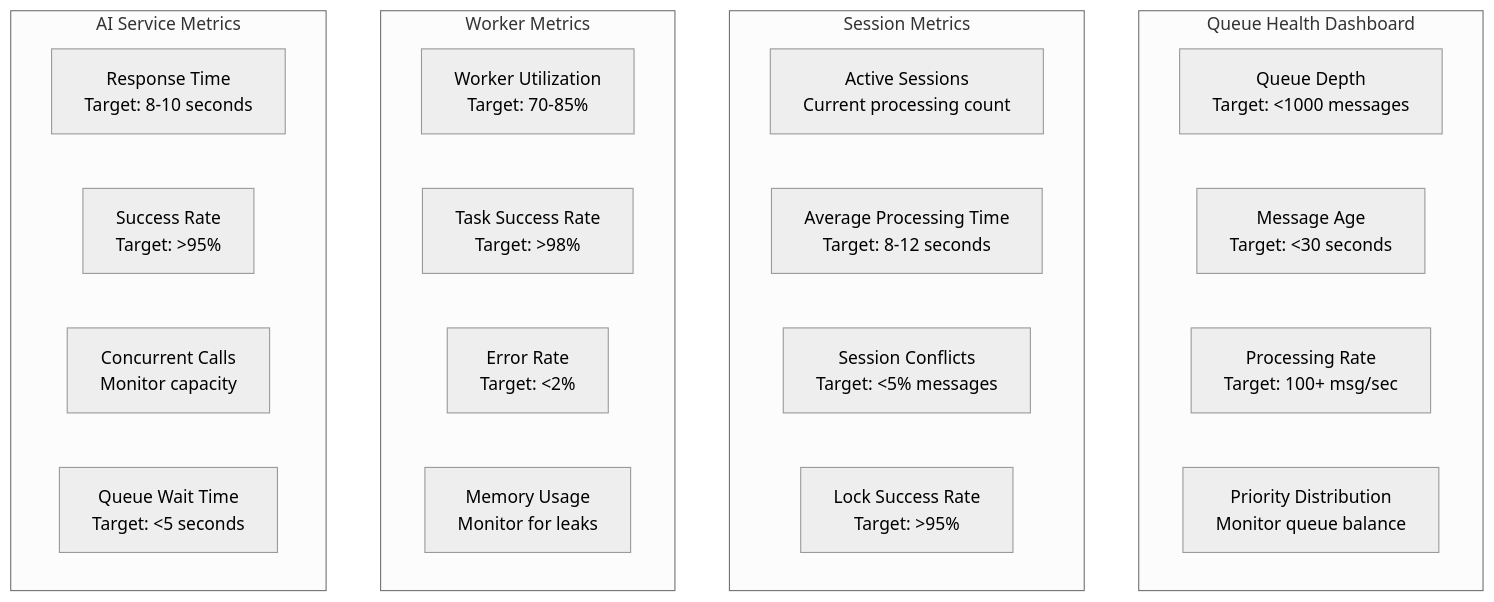
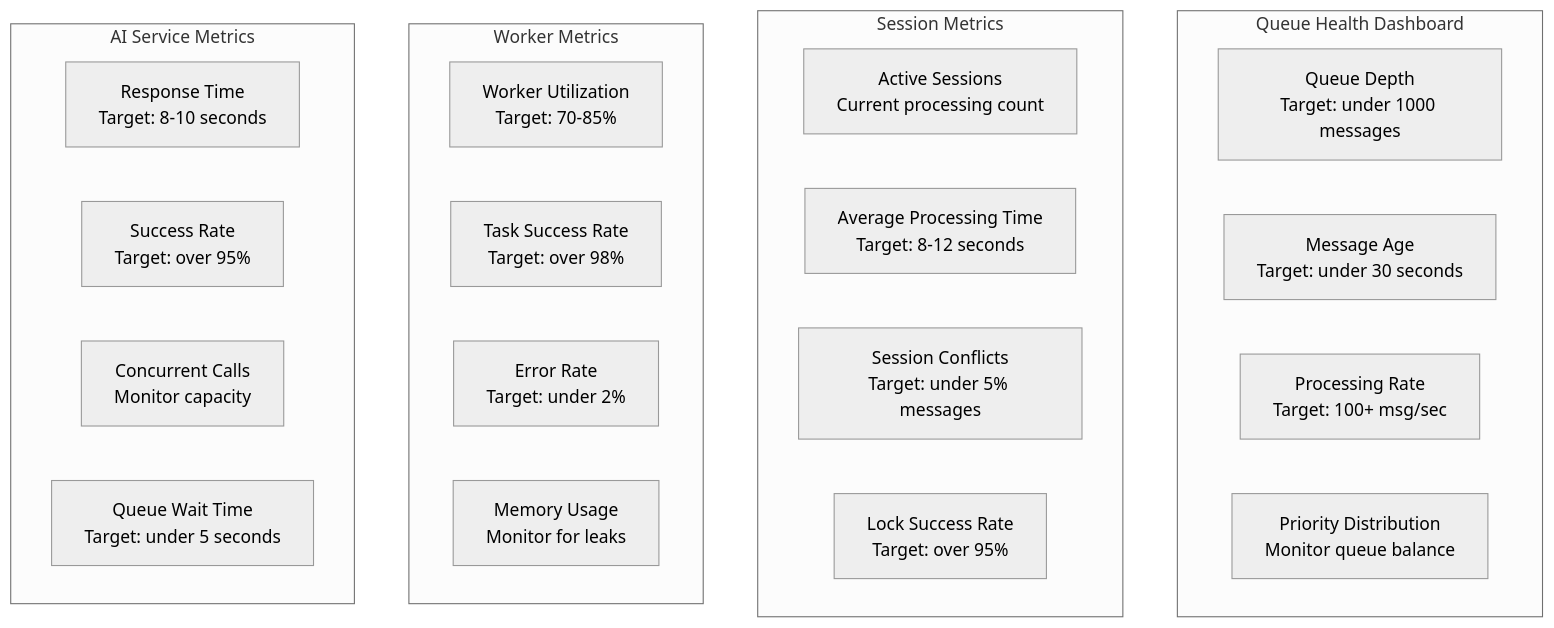
The sixth of 6 diagrams in event_redesign.md (bluntjoint/dev-docs), drawn with Mermaid (neutral theme) before and after one commit. The commit also changed other lines of this file, not shown here.

````diff
--- a/event_redesign.md
+++ b/event_redesign.md
@@ -1076,30 +1076,30 @@
 ```mermaid
 graph TB
     subgraph "Queue Health Dashboard"
-        A[Queue Depth<br/>Target: <1000 messages]
-        B[Message Age<br/>Target: <30 seconds]
-        C[Processing Rate<br/>Target: 100+ msg/sec]
-        D[Priority Distribution<br/>Monitor queue balance]
+        A["Queue Depth<br/>Target: under 1000 messages"]
+        B["Message Age<br/>Target: under 30 seconds"]
+        C["Processing Rate<br/>Target: 100+ msg/sec"]
+        D["Priority Distribution<br/>Monitor queue balance"]
     end
     
     subgraph "Session Metrics"
-        E[Active Sessions<br/>Current processing count]
-        F[Average Processing Time<br/>Target: 8-12 seconds]
-        G[Session Conflicts<br/>Target: <5% messages]
-        H[Lock Success Rate<br/>Target: >95%]
+        E["Active Sessions<br/>Current processing count"]
+        F["Average Processing Time<br/>Target: 8-12 seconds"]
+        G["Session Conflicts<br/>Target: under 5% messages"]
+        H["Lock Success Rate<br/>Target: over 95%"]
     end
     
     subgraph "Worker Metrics"  
-        I[Worker Utilization<br/>Target: 70-85%]
-        J[Task Success Rate<br/>Target: >98%]
-        K[Error Rate<br/>Target: <2%]
-        L[Memory Usage<br/>Monitor for leaks]
+        I["Worker Utilization<br/>Target: 70-85%"]
+        J["Task Success Rate<br/>Target: over 98%"]
+        K["Error Rate<br/>Target: under 2%"]
+        L["Memory Usage<br/>Monitor for leaks"]
     end
     
     subgraph "AI Service Metrics"
-        M[Response Time<br/>Target: 8-10 seconds]
-        N[Success Rate<br/>Target: >95%]
-        O[Concurrent Calls<br/>Monitor capacity]
-        P[Queue Wait Time<br/>Target: <5 seconds]
+        M["Response Time<br/>Target: 8-10 seconds"]
+        N["Success Rate<br/>Target: over 95%"]
+        O["Concurrent Calls<br/>Monitor capacity"]
+        P["Queue Wait Time<br/>Target: under 5 seconds"]
     end
 ```
````
